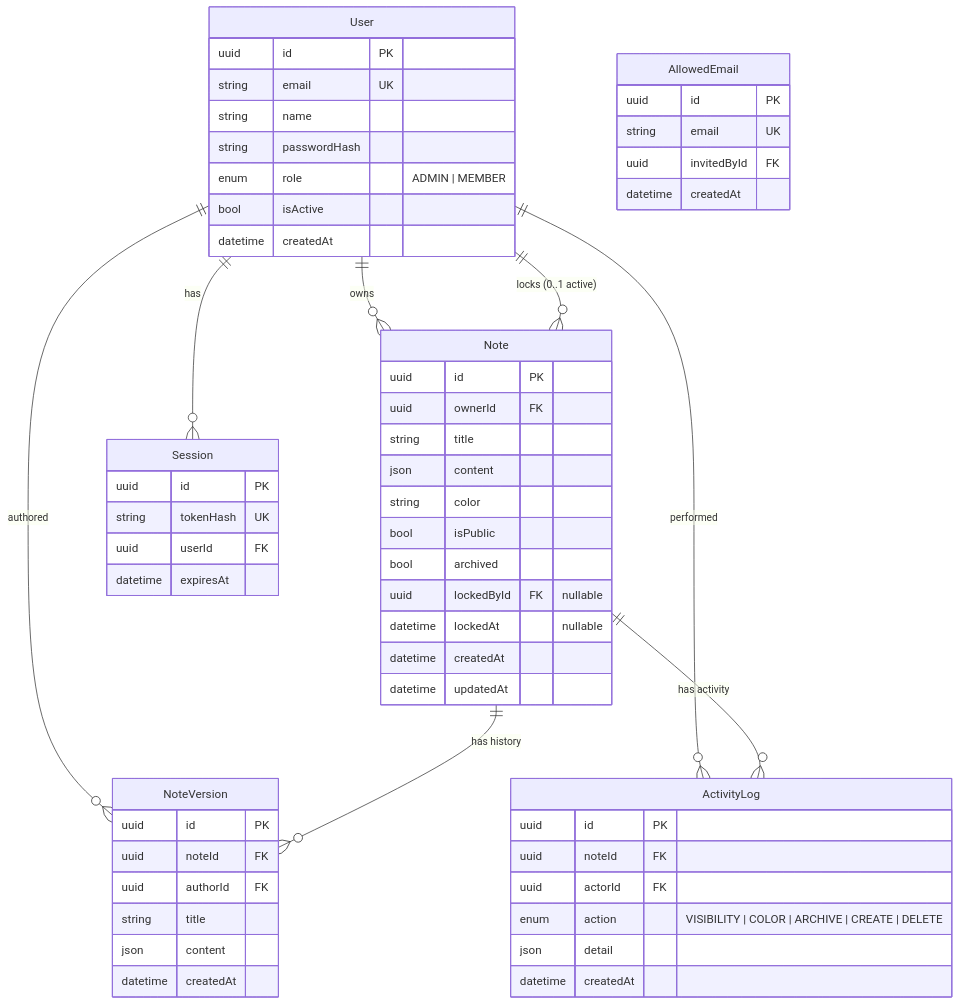
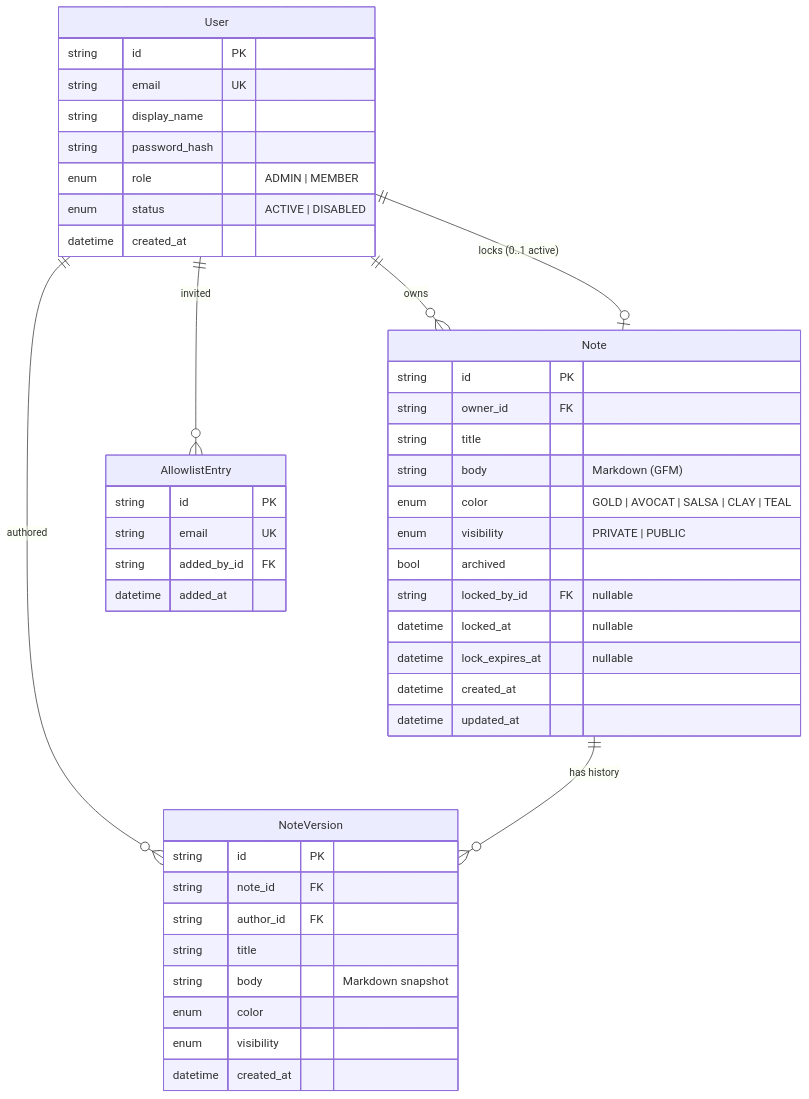
One commit to OuApps/Keepou changed the second of 4 diagrams in docs/ARCHITECTURE.md. Above: the diagram before and after it, drawn with Mermaid. The commit also changed other lines of this file and 1 other file, not shown here.

First line of the commit message:
docs: reconcile PRD & ARCHITECTURE with the decoupled stack and design

````diff
--- a/docs/ARCHITECTURE.md
+++ b/docs/ARCHITECTURE.md
@@ -48,61 +61,48 @@
 ```mermaid
 erDiagram
     User ||--o{ Note : owns
-    User ||--o{ Session : has
     User ||--o{ NoteVersion : authored
-    User ||--o{ ActivityLog : performed
+    User ||--o{ AllowlistEntry : invited
     Note ||--o{ NoteVersion : "has history"
-    Note ||--o{ ActivityLog : "has activity"
-    User ||--o{ Note : "locks (0..1 active)"
+    User ||--o| Note : "locks (0..1 active)"
 
     User {
-        uuid id PK
+        string id PK
         string email UK
-        string name
-        string passwordHash
+        string display_name
+        string password_hash
         enum role "ADMIN | MEMBER"
-        bool isActive
-        datetime createdAt
+        enum status "ACTIVE | DISABLED"
+        datetime created_at
     }
-    AllowedEmail {
-        uuid id PK
+    AllowlistEntry {
+        string id PK
         string email UK
-        uuid invitedById FK
-        datetime createdAt
-    }
-    Session {
-        uuid id PK
-        string tokenHash UK
-        uuid userId FK
-        datetime expiresAt
+        string added_by_id FK
+        datetime added_at
     }
     Note {
-        uuid id PK
-        uuid ownerId FK
+        string id PK
+        string owner_id FK
         string title
-        json content
-        string color
-        bool isPublic
+        string body "Markdown (GFM)"
+        enum color "GOLD | AVOCAT | SALSA | CLAY | TEAL"
+        enum visibility "PRIVATE | PUBLIC"
         bool archived
-        uuid lockedById FK "nullable"
-        datetime lockedAt "nullable"
-        datetime createdAt
-        datetime updatedAt
+        string locked_by_id FK "nullable"
+        datetime locked_at "nullable"
+        datetime lock_expires_at "nullable"
+        datetime created_at
+        datetime updated_at
     }
     NoteVersion {
-        uuid id PK
-        uuid noteId FK
-        uuid authorId FK
+        string id PK
+        string note_id FK
+        string author_id FK
         string title
-        json content
-        datetime createdAt
-    }
-    ActivityLog {
-        uuid id PK
-        uuid noteId FK
-        uuid actorId FK
-        enum action "VISIBILITY | COLOR | ARCHIVE | CREATE | DELETE"
-        json detail
-        datetime createdAt
+        string body "Markdown snapshot"
+        enum color
+        enum visibility
+        datetime created_at
     }
 ```
````
